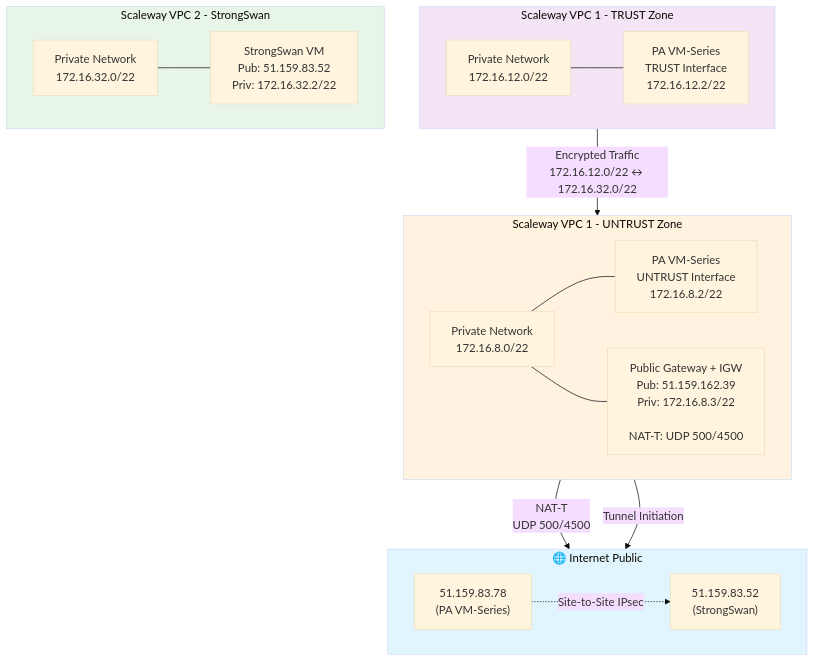
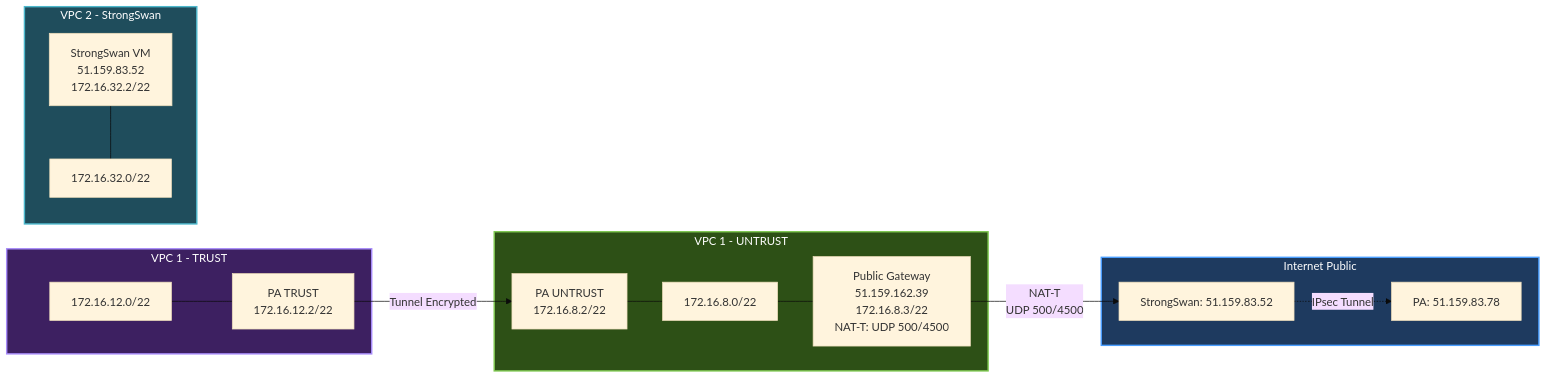
One commit to fg-scw/strongswan-scw-pa changed the second of 2 diagrams in README.md. Above: the diagram before and after it, drawn with Mermaid (base theme).

````diff
--- a/README.md
+++ b/README.md
@@ -29,41 +29,36 @@
 ```mermaid
-graph TB
-  subgraph INTERNET["🌐 Internet Public"]
-    direction LR
-    PA_PUB["51.159.83.78<br/>(PA VM-Series)"]
-    SS_PUB["51.159.83.52<br/>(StrongSwan)"]
+graph LR
+  subgraph INTERNET["Internet Public"]
+    PA_PUB["PA: 51.159.83.78"]
+    SS_PUB["StrongSwan: 51.159.83.52"]
   end
 
-  subgraph VPC1["Scaleway VPC 1 - UNTRUST Zone"]
-    direction LR
-    UNTRUST["Private Network<br/>172.16.8.0/22"]
-    NATGW["Public Gateway + IGW<br/>Pub: 51.159.162.39<br/>Priv: 172.16.8.3/22<br/><br/>NAT-T: UDP 500/4500"]
-    PA_UNTRUST["PA VM-Series<br/>UNTRUST Interface<br/>172.16.8.2/22"]
-    UNTRUST --- PA_UNTRUST
-    UNTRUST --- NATGW
+  subgraph VPC1_UNTRUST["VPC 1 - UNTRUST"]
+    UNTRUST_NET["172.16.8.0/22"]
+    NATGW["Public Gateway<br/>51.159.162.39<br/>172.16.8.3/22<br/>NAT-T: UDP 500/4500"]
+    PA_UNTRUST["PA UNTRUST<br/>172.16.8.2/22"]
   end
 
-  subgraph VPC1_TRUST["Scaleway VPC 1 - TRUST Zone"]
-    direction LR
-    TRUST["Private Network<br/>172.16.12.0/22"]
-    PA_TRUST["PA VM-Series<br/>TRUST Interface<br/>172.16.12.2/22"]
-    TRUST --- PA_TRUST
+  subgraph VPC1_TRUST["VPC 1 - TRUST"]
+    TRUST_NET["172.16.12.0/22"]
+    PA_TRUST["PA TRUST<br/>172.16.12.2/22"]
   end
 
-  subgraph VPC2["Scaleway VPC 2 - StrongSwan"]
-    direction LR
-    LAN2["Private Network<br/>172.16.32.0/22"]
-    SS["StrongSwan VM<br/>Pub: 51.159.83.52<br/>Priv: 172.16.32.2/22"]
-    LAN2 --- SS
+  subgraph VPC2["VPC 2 - StrongSwan"]
+    LAN2["172.16.32.0/22"]
+    SS["StrongSwan VM<br/>51.159.83.52<br/>172.16.32.2/22"]
   end
 
-  PA_PUB -.->|Site-to-Site IPsec| SS_PUB
+  TRUST_NET --- PA_TRUST
+  PA_TRUST -->|Tunnel Encrypted| PA_UNTRUST
+  PA_UNTRUST --- UNTRUST_NET
+  UNTRUST_NET --- NATGW
   NATGW -->|NAT-T<br/>UDP 500/4500| SS_PUB
-  PA_UNTRUST -->|Tunnel Initiation| PA_PUB
-  PA_TRUST -->|Encrypted Traffic<br/>172.16.12.0/22 ↔ 172.16.32.0/22| PA_UNTRUST
+  SS_PUB -.->|IPsec Tunnel| PA_PUB
+  SS --- LAN2
 
-  style INTERNET fill:#e1f5ff
-  style VPC1 fill:#fff3e0
-  style VPC1_TRUST fill:#f3e5f5
-  style VPC2 fill:#e8f5e9
+  style INTERNET fill:#1e3a5f,stroke:#4a9eff,stroke-width:2px,color:#fff
+  style VPC1_UNTRUST fill:#2d5016,stroke:#7ec850,stroke-width:2px,color:#fff
+  style VPC1_TRUST fill:#3d2061,stroke:#a78bfa,stroke-width:2px,color:#fff
+  style VPC2 fill:#1f4d5c,stroke:#4db8cc,stroke-width:2px,color:#fff
  ``` 
````
